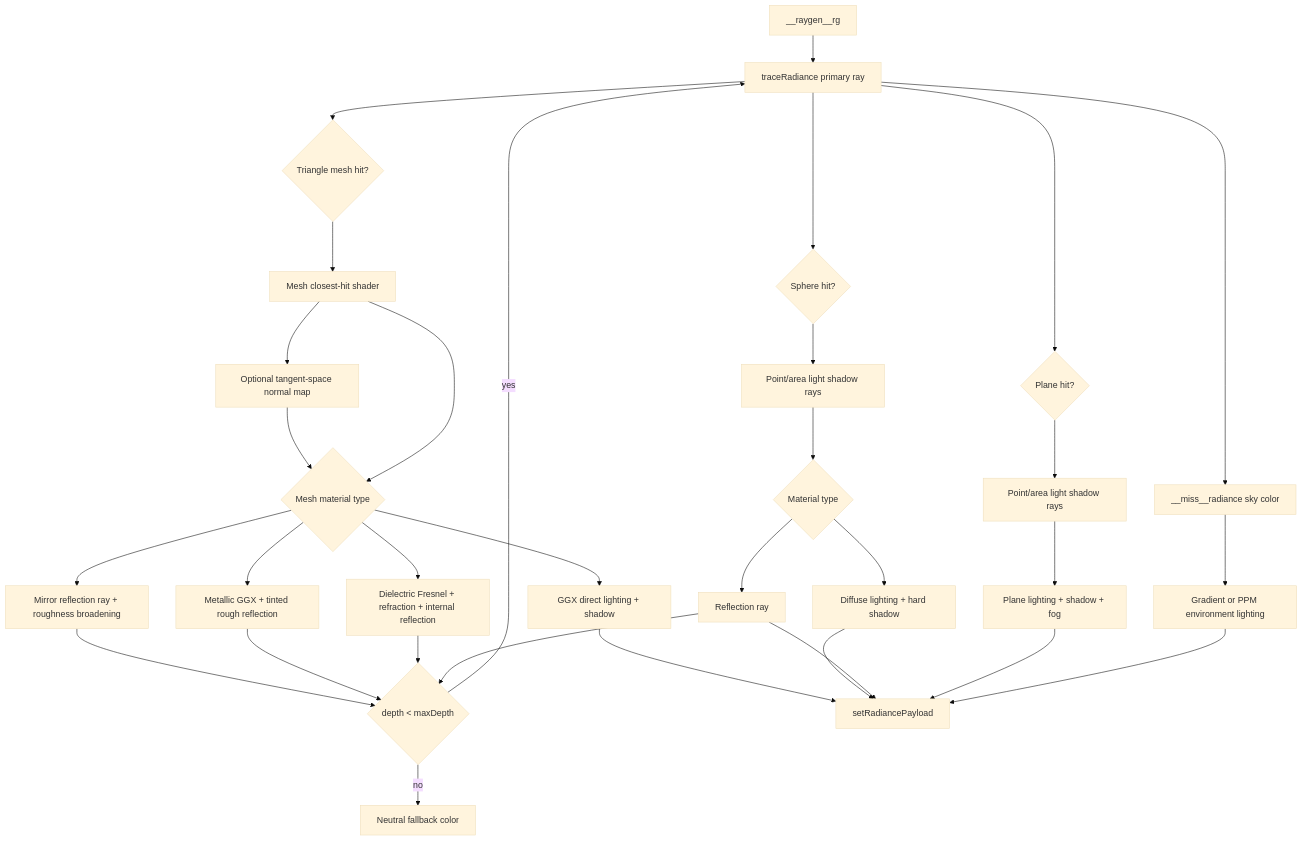
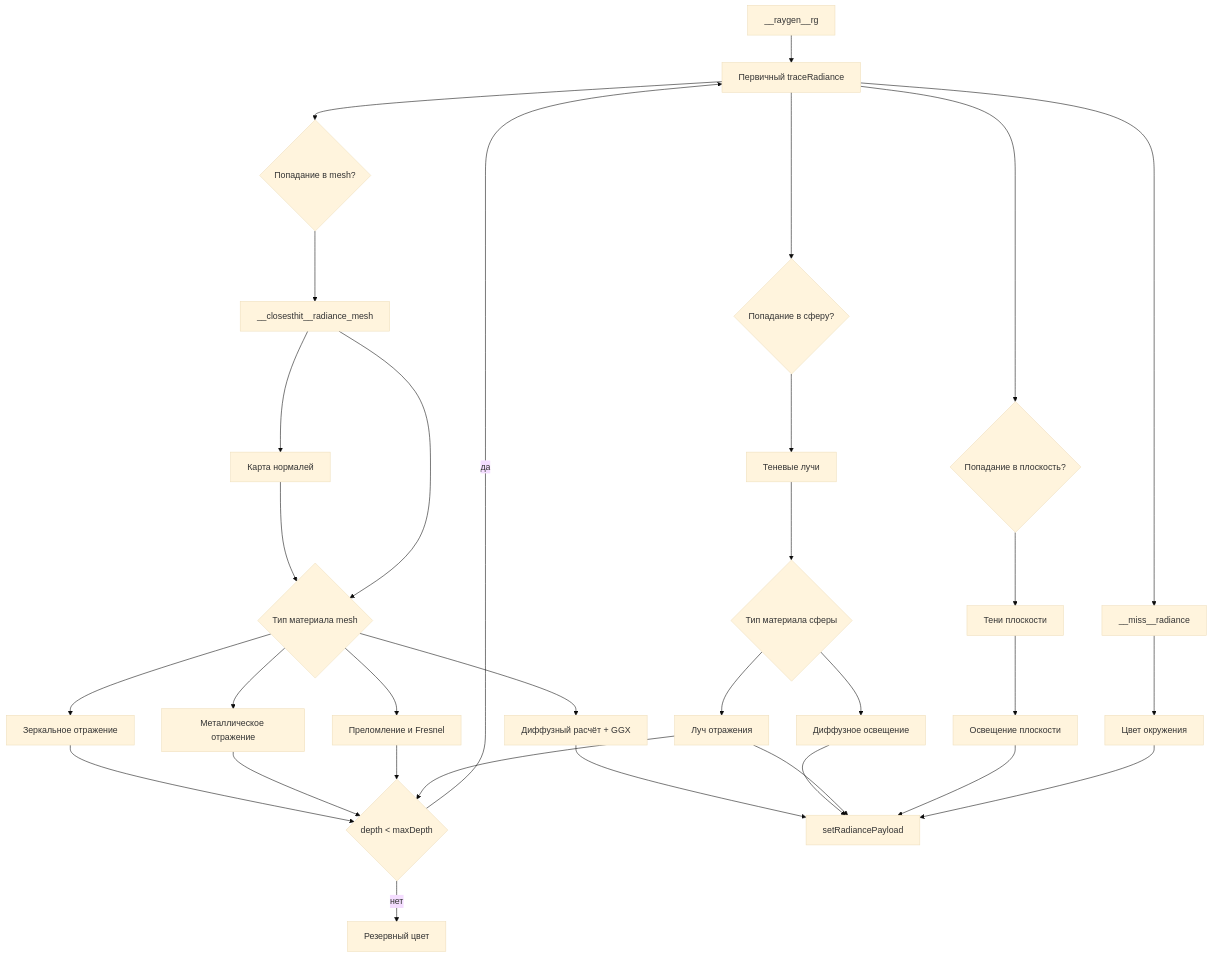
One commit to Tundraws/RayTracer changed the third of 4 diagrams in RayTracerRTX/docs/architecture.md. Above: the diagram before and after it, drawn with Mermaid (base theme). The commit also changed other lines of this file and 10 other files, not shown here.

````diff
--- a/RayTracerRTX/docs/architecture.md
+++ b/RayTracerRTX/docs/architecture.md
@@ -113,34 +106,34 @@
 ```mermaid
 flowchart TD
-    RG["__raygen__rg"] --> Primary["traceRadiance primary ray"]
-    Primary --> HitSphere{"Sphere hit?"}
-    Primary --> HitMesh{"Triangle mesh hit?"}
-    Primary --> HitPlane{"Plane hit?"}
-    Primary --> Miss["__miss__radiance sky color"]
-    Miss --> Environment["Gradient or PPM environment lighting"]
-    HitSphere --> Shadow["Point/area light shadow rays"]
-    HitMesh --> MeshClosestHit["Mesh closest-hit shader"]
-    MeshClosestHit --> NormalMap["Optional tangent-space normal map"]
+    RG["__raygen__rg"] --> Primary["Первичный traceRadiance"]
+    Primary --> HitSphere{"Попадание в сферу?"}
+    Primary --> HitMesh{"Попадание в mesh?"}
+    Primary --> HitPlane{"Попадание в плоскость?"}
+    Primary --> Miss["__miss__radiance"]
+    Miss --> Environment["Цвет окружения"]
+    HitSphere --> Shadow["Теневые лучи"]
+    HitMesh --> MeshClosestHit["__closesthit__radiance_mesh"]
+    MeshClosestHit --> NormalMap["Карта нормалей"]
     NormalMap --> MeshMaterial
-    MeshClosestHit --> MeshMaterial{"Mesh material type"}
-    MeshMaterial --> MeshDiffuse["GGX direct lighting + shadow"]
-    MeshMaterial --> MeshMirror["Mirror reflection ray + roughness broadening"]
-    MeshMaterial --> MeshMetal["Metallic GGX + tinted rough reflection"]
-    MeshMaterial --> MeshGlass["Dielectric Fresnel + refraction + internal reflection"]
+    MeshClosestHit --> MeshMaterial{"Тип материала mesh"}
+    MeshMaterial --> MeshDiffuse["Диффузный расчёт + GGX"]
+    MeshMaterial --> MeshMirror["Зеркальное отражение"]
+    MeshMaterial --> MeshMetal["Металлическое отражение"]
+    MeshMaterial --> MeshGlass["Преломление и Fresnel"]
     MeshMirror --> Depth
     MeshMetal --> Depth
     MeshGlass --> Depth
     MeshDiffuse --> Output
-    Shadow --> Material{"Material type"}
-    Material --> Diffuse["Diffuse lighting + hard shadow"]
-    Material --> Mirror["Reflection ray"]
+    Shadow --> Material{"Тип материала сферы"}
+    Material --> Diffuse["Диффузное освещение"]
+    Material --> Mirror["Луч отражения"]
     Mirror --> Depth{"depth < maxDepth"}
-    Depth -->|yes| Primary
-    Depth -->|no| Fallback["Neutral fallback color"]
-    HitPlane --> PlaneShadow["Point/area light shadow rays"]
-    PlaneShadow --> PlaneLight["Plane lighting + shadow + fog"]
+    Depth -->|да| Primary
+    Depth -->|нет| Fallback["Резервный цвет"]
+    HitPlane --> PlaneShadow["Тени плоскости"]
+    PlaneShadow --> PlaneLight["Освещение плоскости"]
     Diffuse --> Output["setRadiancePayload"]
     Mirror --> Output
     PlaneLight --> Output
     Environment --> Output
 ```
````
